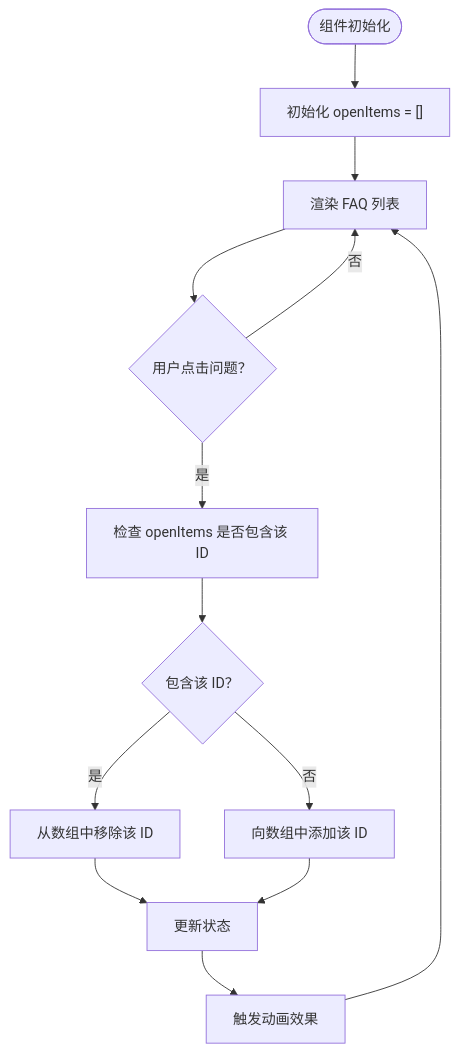
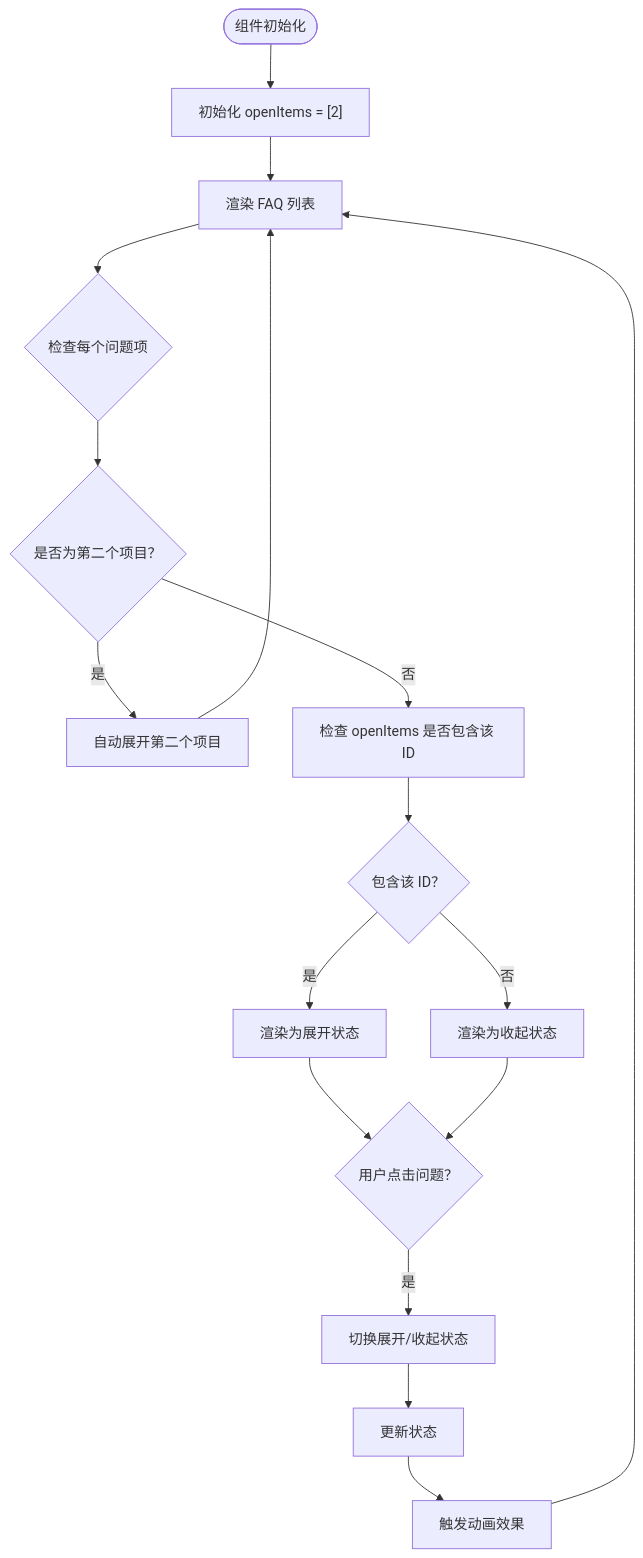
Before and after one commit to billychou/linkedin-answer: the fifth of 9 diagrams in .qoder/repowiki/zh/content/用户界面组件/主页组件/FAQ 常见问题组件.md, drawn with Mermaid. The commit also changed other lines of this file and 10 other files, not shown here.

````diff
--- a/.qoder/repowiki/zh/content/用户界面组件/主页组件/FAQ 常见问题组件.md
+++ b/.qoder/repowiki/zh/content/用户界面组件/主页组件/FAQ 常见问题组件.md
@@ -179,15 +190,19 @@
 ```mermaid
 flowchart TD
-Start([组件初始化]) --> InitState["初始化 openItems = []"]
+Start([组件初始化]) --> InitState["初始化 openItems = [2]"]
 InitState --> RenderUI["渲染 FAQ 列表"]
-RenderUI --> UserClick{"用户点击问题？"}
-UserClick --> |是| CheckState["检查 openItems 是否包含该 ID"]
-UserClick --> |否| RenderUI
+RenderUI --> CheckItem{"检查每个问题项"}
+CheckItem --> IsSecondItem{"是否为第二个项目？"}
+IsSecondItem --> |是| AutoExpand["自动展开第二个项目"]
+IsSecondItem --> |否| CheckState["检查 openItems 是否包含该 ID"]
+AutoExpand --> RenderUI
 CheckState --> Contains{"包含该 ID？"}
-Contains --> |是| RemoveItem["从数组中移除该 ID"]
-Contains --> |否| AddItem["向数组中添加该 ID"]
-RemoveItem --> UpdateState["更新状态"]
-AddItem --> UpdateState
+Contains --> |是| RenderOpen["渲染为展开状态"]
+Contains --> |否| RenderClosed["渲染为收起状态"]
+RenderOpen --> UserClick{"用户点击问题？"}
+RenderClosed --> UserClick
+UserClick --> |是| ToggleState["切换展开/收起状态"]
+ToggleState --> UpdateState["更新状态"]
 UpdateState --> TriggerAnimation["触发动画效果"]
 TriggerAnimation --> RenderUI
 ```
````
